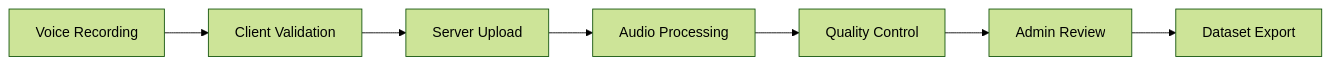
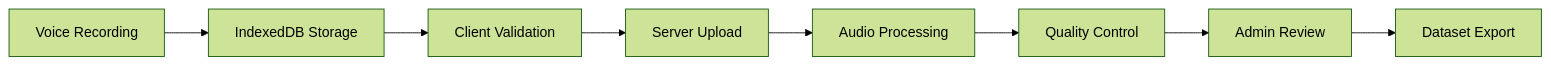
Before and after one commit to Gyan-max/Gyan-max-S2i_recorder: the diagram in README.md, drawn with Mermaid (forest theme). The commit also changed other lines of this file and 17 other files, not shown here.

````diff
--- a/README.md
+++ b/README.md
@@ -82,9 +82,10 @@
 ```mermaid
 graph LR
-    A[Voice Recording] --> B[Client Validation]
-    B --> C[Server Upload]
-    C --> D[Audio Processing]
-    D --> E[Quality Control]
-    E --> F[Admin Review]
-    F --> G[Dataset Export]
+    A[Voice Recording] --> B[IndexedDB Storage]
+    B --> C[Client Validation]
+    C --> D[Server Upload]
+    D --> E[Audio Processing]
+    E --> F[Quality Control]
+    F --> G[Admin Review]
+    G --> H[Dataset Export]
 ```
````
